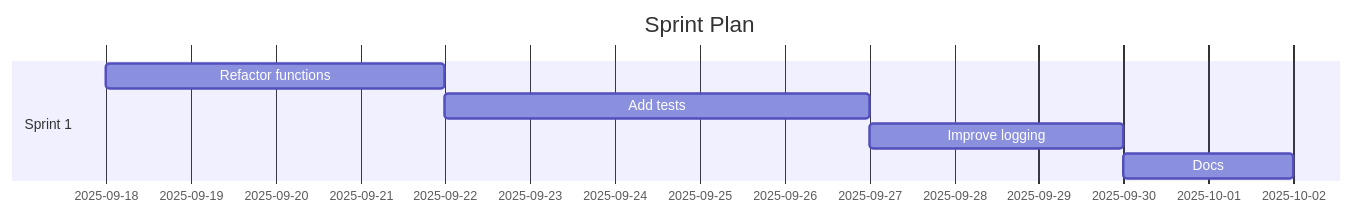
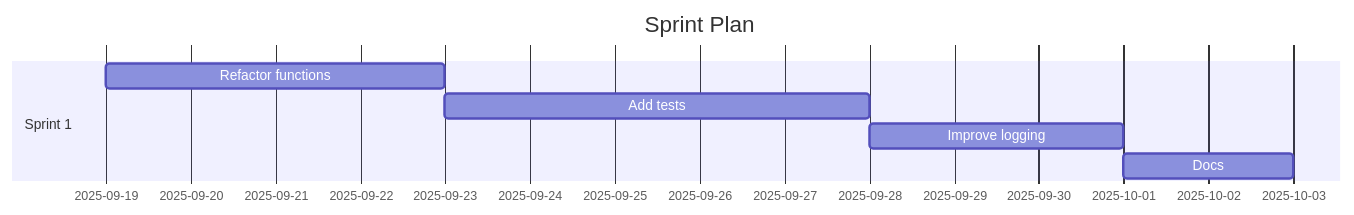
Before and after one commit to Anselmoo/mcp-ai-agent-guidelines: the diagram in demos/demo-code-analysis.sprint.md, drawn with Mermaid. The commit also changed other lines of this file and 73 other files, not shown here.

````diff
--- a/demos/demo-code-analysis.sprint.md
+++ b/demos/demo-code-analysis.sprint.md
@@ -58,11 +58,11 @@
 ```mermaid
 gantt
 	dateFormat  YYYY-MM-DD
 	title Sprint Plan
 %% Accessibility: Title=Project Sprint Plan; Description=Gantt chart of sprints and tasks over time. %%
   section Sprint 1
-  Refactor functions :s1t0, 2025-09-18, 4d
-  Add tests :s1t1, 2025-09-22, 5d
-  Improve logging :s1t2, 2025-09-27, 3d
-  Docs :s1t3, 2025-09-30, 2d
+  Refactor functions :s1t0, 2025-09-19, 4d
+  Add tests :s1t1, 2025-09-23, 5d
+  Improve logging :s1t2, 2025-09-28, 3d
+  Docs :s1t3, 2025-10-01, 2d
 ```
````
